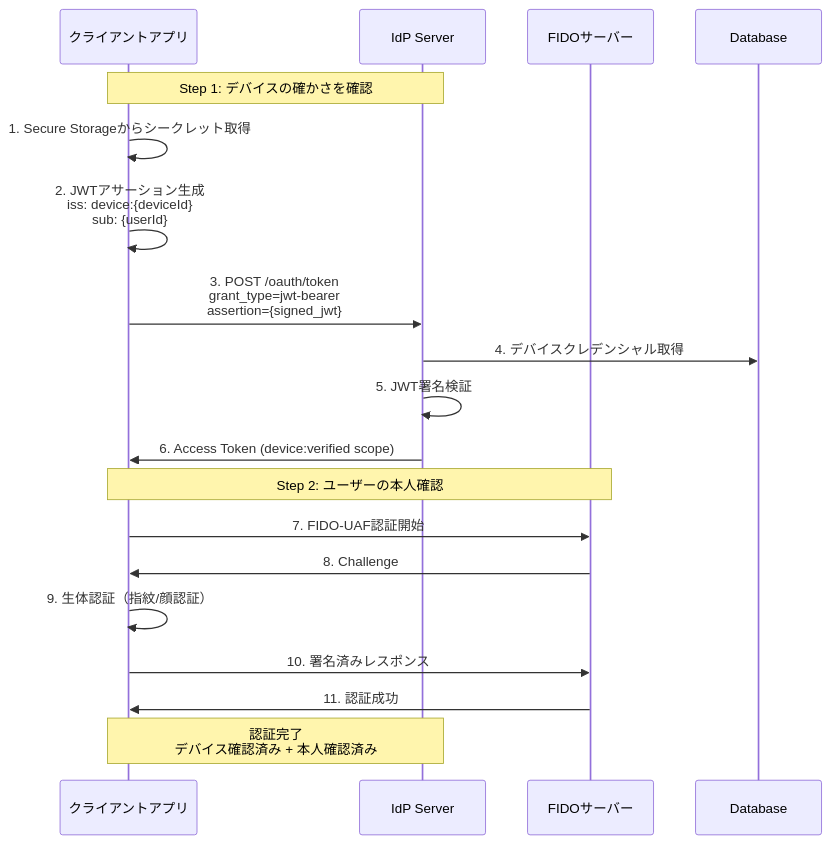
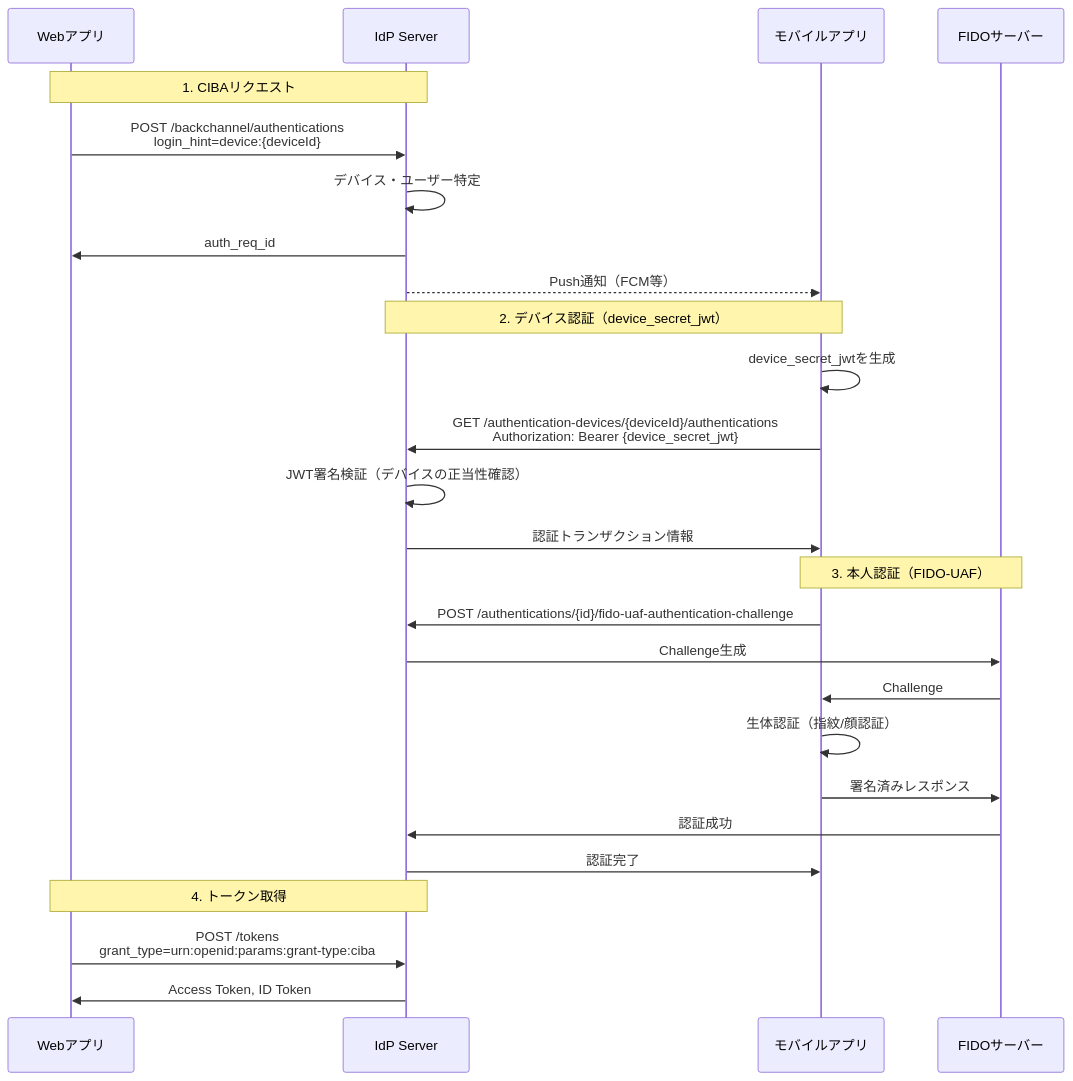
Before and after one commit to hirokazu-kobayashi-koba-hiro/idp-server: the second of 2 diagrams in documentation/docs/content_03_concepts/03-authentication-authorization/concept-10-device-credential.md, drawn with Mermaid. The commit also changed other lines of this file and 9 other files, not shown here.

First line of the commit message:
feat: add device secret auto-issuance on FIDO-UAF registration

````diff
--- a/documentation/docs/content_03_concepts/03-authentication-authorization/concept-10-device-credential.md
+++ b/documentation/docs/content_03_concepts/03-authentication-authorization/concept-10-device-credential.md
@@ -338,26 +121,32 @@
 ```mermaid
 sequenceDiagram
-    participant App as クライアントアプリ
+    participant Web as Webアプリ
     participant IdP as IdP Server
+    participant Device as モバイルアプリ
     participant FIDO as FIDOサーバー
-    participant DB as Database
 
-    Note over App, IdP: Step 1: デバイスの確かさを確認
+    Note over Web, IdP: 1. CIBAリクエスト
+    Web->>IdP: POST /backchannel/authentications<br/>login_hint=device:{deviceId}
+    IdP->>IdP: デバイス・ユーザー特定
+    IdP->>Web: auth_req_id
+    IdP-->>Device: Push通知（FCM等）
 
-    App->>App: 1. Secure Storageからシークレット取得
-    App->>App: 2. JWTアサーション生成<br/>iss: device:{deviceId}<br/>sub: {userId}
-    App->>IdP: 3. POST /oauth/token<br/>grant_type=jwt-bearer<br/>assertion={signed_jwt}
-    IdP->>DB: 4. デバイスクレデンシャル取得
-    IdP->>IdP: 5. JWT署名検証
-    IdP->>App: 6. Access Token (device:verified scope)
+    Note over Device, IdP: 2. デバイス認証（device_secret_jwt）
+    Device->>Device: device_secret_jwtを生成
+    Device->>IdP: GET /authentication-devices/{deviceId}/authentications<br/>Authorization: Bearer {device_secret_jwt}
+    IdP->>IdP: JWT署名検証（デバイスの正当性確認）
+    IdP->>Device: 認証トランザクション情報
 
-    Note over App, FIDO: Step 2: ユーザーの本人確認
+    Note over Device, FIDO: 3. 本人認証（FIDO-UAF）
+    Device->>IdP: POST /authentications/{id}/fido-uaf-authentication-challenge
+    IdP->>FIDO: Challenge生成
+    FIDO->>Device: Challenge
+    Device->>Device: 生体認証（指紋/顔認証）
+    Device->>FIDO: 署名済みレスポンス
+    FIDO->>IdP: 認証成功
+    IdP->>Device: 認証完了
 
-    App->>FIDO: 7. FIDO-UAF認証開始
-    FIDO->>App: 8. Challenge
-    App->>App: 9. 生体認証（指紋/顔認証）
-    App->>FIDO: 10. 署名済みレスポンス
-    FIDO->>App: 11. 認証成功
-
-    Note over App, IdP: 認証完了<br/>デバイス確認済み + 本人確認済み
+    Note over Web, IdP: 4. トークン取得
+    Web->>IdP: POST /tokens<br/>grant_type=urn:openid:params:grant-type:ciba
+    IdP->>Web: Access Token, ID Token
 ```
````
